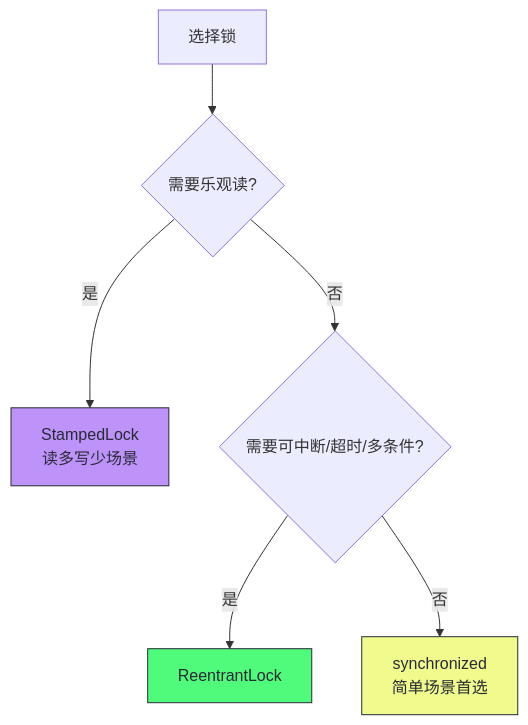
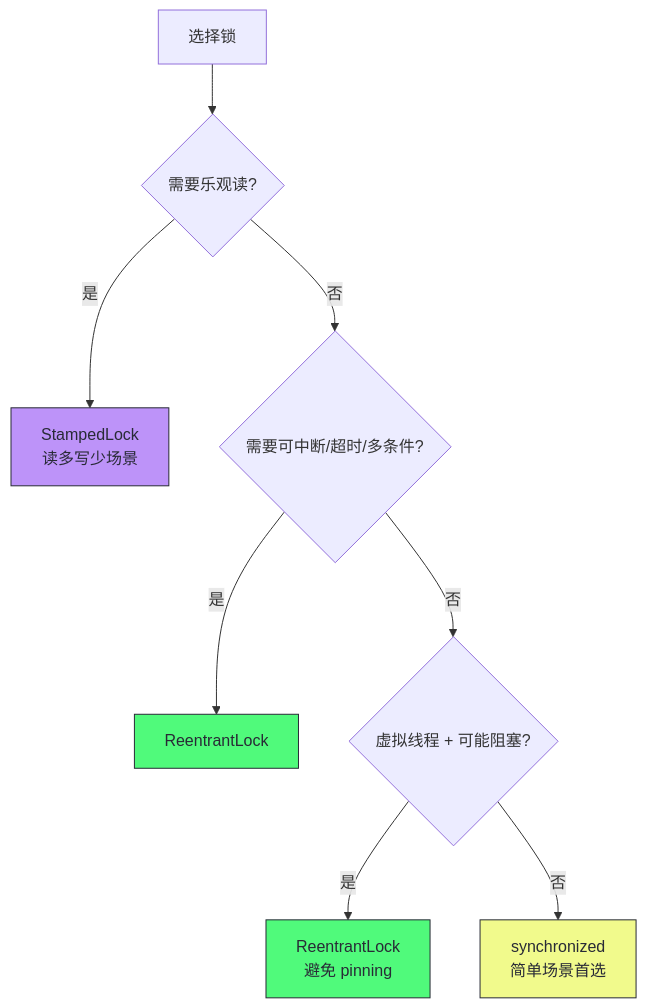
The seventh of 9 diagrams in content/Linux/系统性能工程实战/11 锁竞争与并发性能：从 synchronized 到 JOL.md (hpliStartAgain/my-brain), drawn with Mermaid before and after one commit. The commit also changed other lines of this file and 52 other files, not shown here.

````diff
--- a/content/Linux/系统性能工程实战/11 锁竞争与并发性能：从 synchronized 到 JOL.md
+++ b/content/Linux/系统性能工程实战/11 锁竞争与并发性能：从 synchronized 到 JOL.md
@@ -524,15 +594,18 @@
 ```mermaid
 graph TD
     Start["选择锁"] --> Q1{"需要乐观读?"}
     Q1 -->|"是"| Stamped["StampedLock<br/>读多写少场景"]
     Q1 -->|"否"| Q2{"需要可中断/超时/多条件?"}
     Q2 -->|"是"| Reentrant["ReentrantLock"]
-    Q2 -->|"否"| Sync["synchronized<br/>简单场景首选"]
+    Q2 -->|"否"| Q3{"虚拟线程 + 可能阻塞?"}
+    Q3 -->|"是"| Reentrant2["ReentrantLock<br/>避免 pinning"]
+    Q3 -->|"否"| Sync["synchronized<br/>简单场景首选"]
 
     classDef stamped fill:#bd93f9,stroke:#282a36,color:#282a36
     classDef reentrant fill:#50fa7b,stroke:#282a36,color:#282a36
     classDef sync fill:#f1fa8c,stroke:#282a36,color:#282a36
     class Stamped stamped
     class Reentrant reentrant
+    class Reentrant2 reentrant
     class Sync sync
 ```
````
